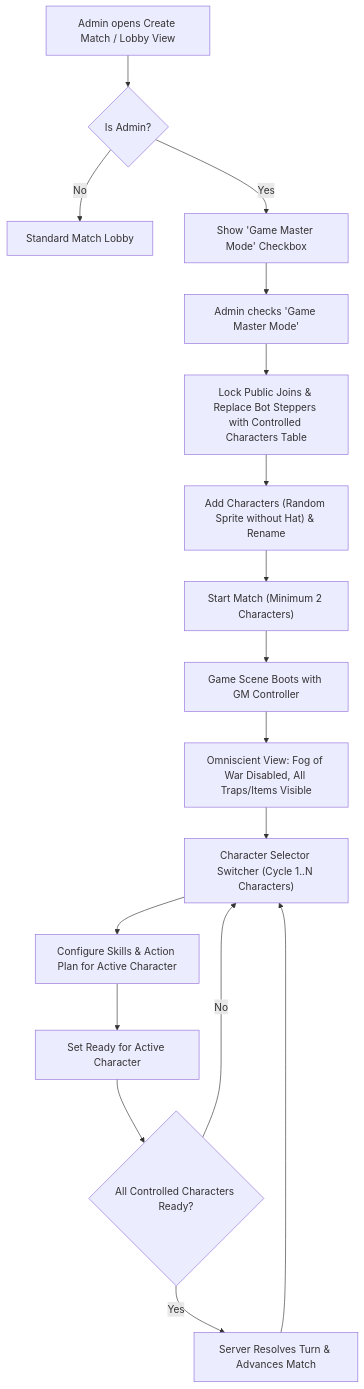
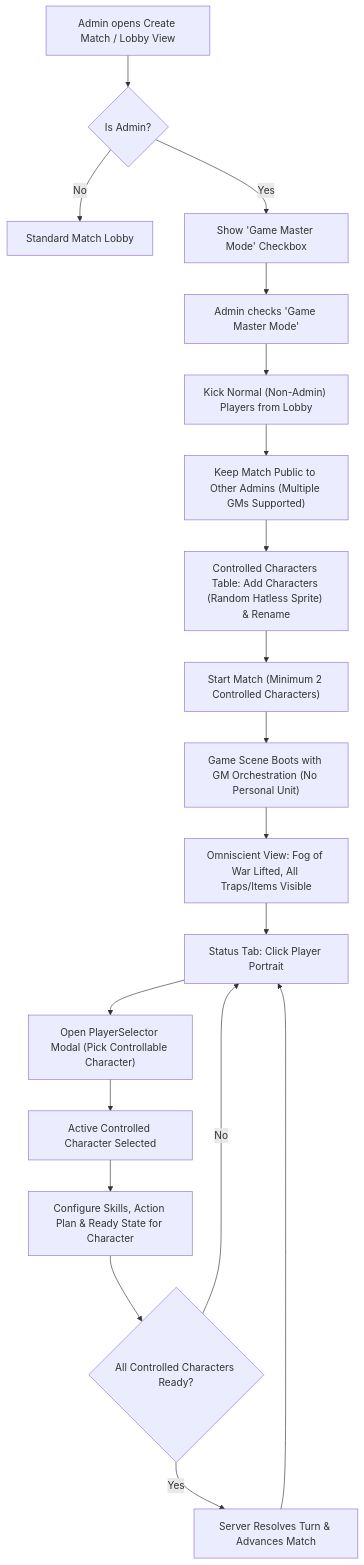
One commit to wacky444/Zarka changed the diagram in docs/GAME_MASTER_MODE_PLAN.md. Above: the diagram before and after it, drawn with Mermaid. The commit also changed other lines of this file, not shown here.

Commit message:
docs: update game master mode plan with multi-admin access and status tab character selector

````diff
--- a/docs/GAME_MASTER_MODE_PLAN.md
+++ b/docs/GAME_MASTER_MODE_PLAN.md
@@ -42,19 +50,21 @@
 ```mermaid
 flowchart TD
     A["Admin opens Create Match / Lobby View"] --> B{"Is Admin?"}
     B -- No --> C["Standard Match Lobby"]
     B -- Yes --> D["Show 'Game Master Mode' Checkbox"]
     D --> E["Admin checks 'Game Master Mode'"]
-    E --> F["Lock Public Joins & Replace Bot Steppers with Controlled Characters Table"]
-    F --> G["Add Characters (Random Sprite without Hat) & Rename"]
-    G --> H["Start Match (Minimum 2 Characters)"]
-    H --> I["Game Scene Boots with GM Controller"]
-    I --> J["Omniscient View: Fog of War Disabled, All Traps/Items Visible"]
-    J --> K["Character Selector Switcher (Cycle 1..N Characters)"]
-    K --> L["Configure Skills & Action Plan for Active Character"]
-    L --> M["Set Ready for Active Character"]
-    M --> N{"All Controlled Characters Ready?"}
-    N -- No --> K
-    N -- Yes --> O["Server Resolves Turn & Advances Match"]
-    O --> K
+    E --> F["Kick Normal (Non-Admin) Players from Lobby"]
+    F --> G["Keep Match Public to Other Admins (Multiple GMs Supported)"]
+    G --> H["Controlled Characters Table: Add Characters (Random Hatless Sprite) & Rename"]
+    H --> I["Start Match (Minimum 2 Controlled Characters)"]
+    I --> J["Game Scene Boots with GM Orchestration (No Personal Unit)"]
+    J --> K["Omniscient View: Fog of War Lifted, All Traps/Items Visible"]
+    K --> L["Status Tab: Click Player Portrait"]
+    L --> M["Open PlayerSelector Modal (Pick Controllable Character)"]
+    M --> N["Active Controlled Character Selected"]
+    N --> O["Configure Skills, Action Plan & Ready State for Character"]
+    O --> P{"All Controlled Characters Ready?"}
+    P -- No --> L
+    P -- Yes --> Q["Server Resolves Turn & Advances Match"]
+    Q --> L
 ```
````
